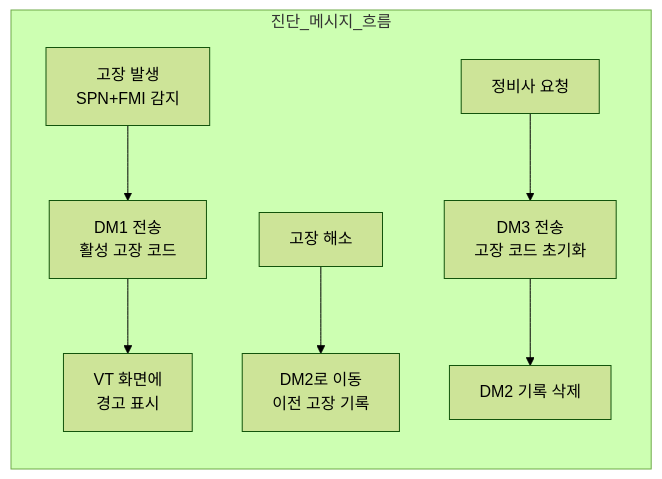
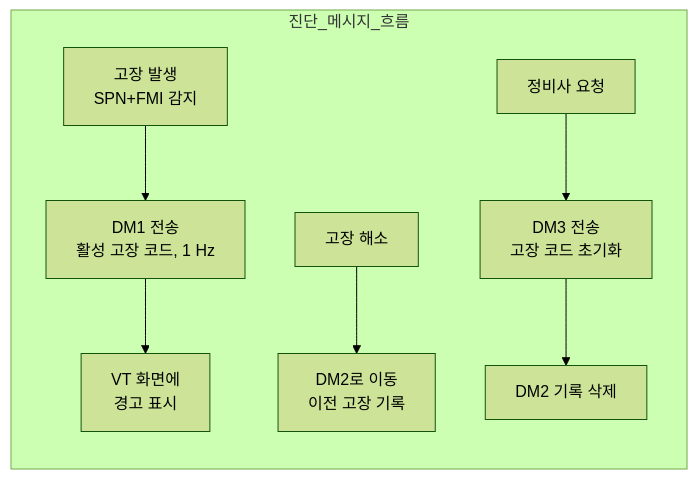
The third of 4 diagrams in docs/_study/isobus/14-isobus-network-mgmt.md (hobeen-kim/hobeen-kim.github.io), drawn with Mermaid (forest theme) before and after one commit. The commit also changed other lines of this file and 18 other files, not shown here.

````diff
--- a/docs/_study/isobus/14-isobus-network-mgmt.md
+++ b/docs/_study/isobus/14-isobus-network-mgmt.md
@@ -115,10 +120,10 @@
 ```mermaid
 graph LR
     subgraph 진단_메시지_흐름
-        FAULT[고장 발생<br>SPN+FMI 감지] --> DM1[DM1 전송<br>활성 고장 코드]
+        FAULT[고장 발생<br>SPN+FMI 감지] --> DM1[DM1 전송<br>활성 고장 코드, 1 Hz]
         DM1 --> VT_WARN[VT 화면에<br>경고 표시]
         FAULT_CLEAR[고장 해소] --> DM2[DM2로 이동<br>이전 고장 기록]
         TECH[정비사 요청] --> DM3[DM3 전송<br>고장 코드 초기화]
         DM3 --> DM2_CLEAR[DM2 기록 삭제]
     end
 ```
````
